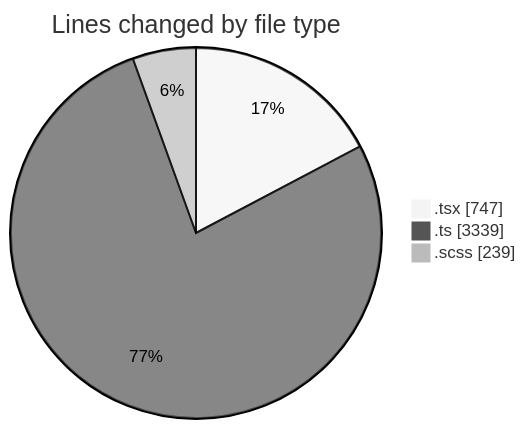
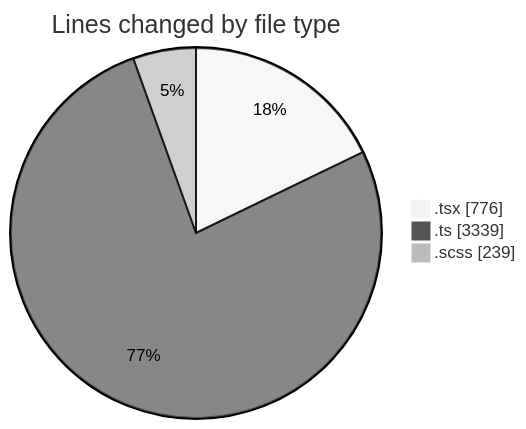
The first of 2 diagrams in 2025-09-17/cda/README.md (momahboobian/code-tracking), drawn with Mermaid (neutral theme) before and after one commit. The commit also changed other lines of this file and 1 other file, not shown here.

````diff
--- a/2025-09-17/cda/README.md
+++ b/2025-09-17/cda/README.md
@@ -25,7 +25,7 @@
 ```mermaid
 pie showData
 title Lines changed by file type
-".tsx" : 747
+".tsx" : 776
 ".ts" : 3339
 ".scss" : 239
 ```
````
